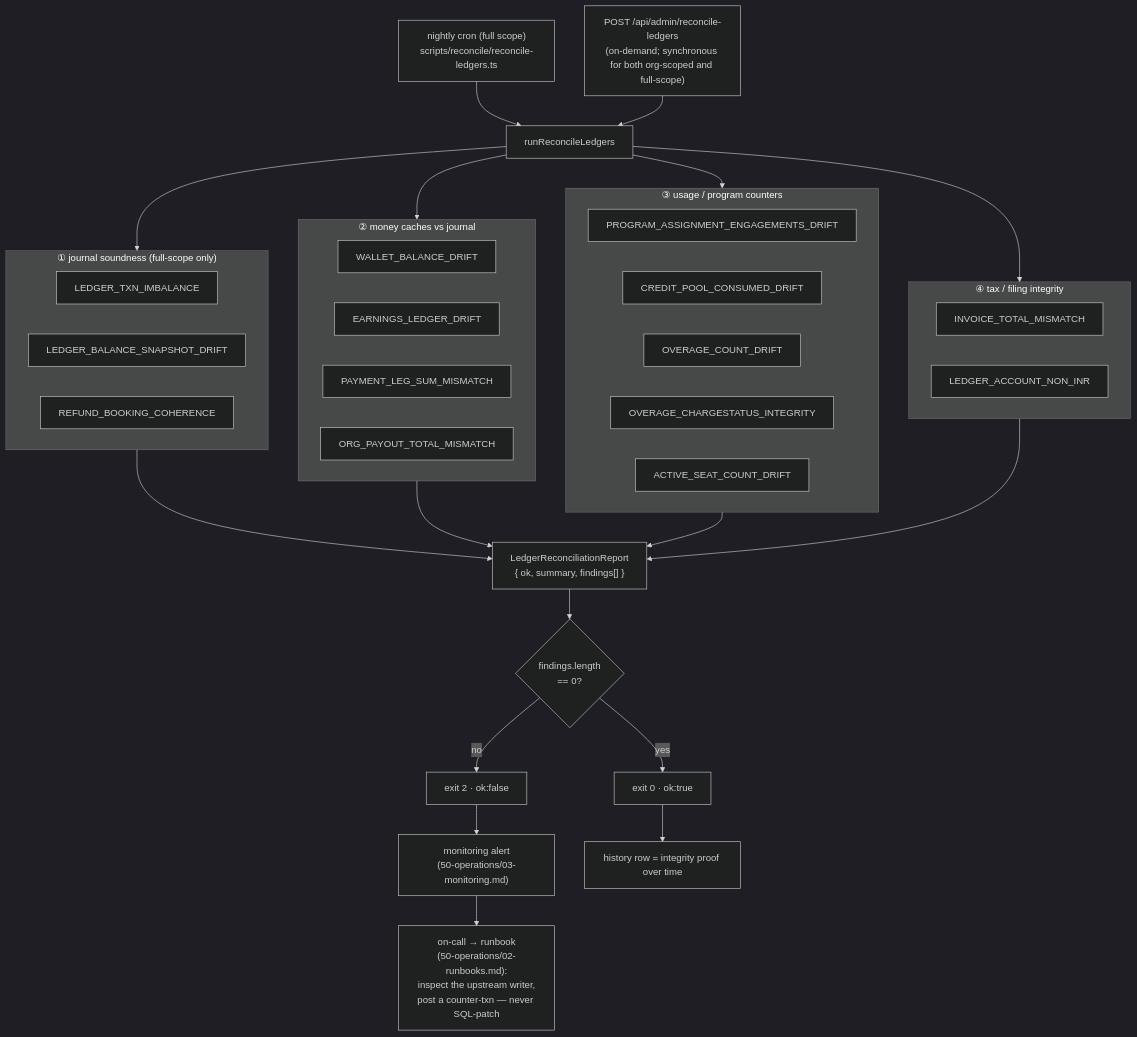
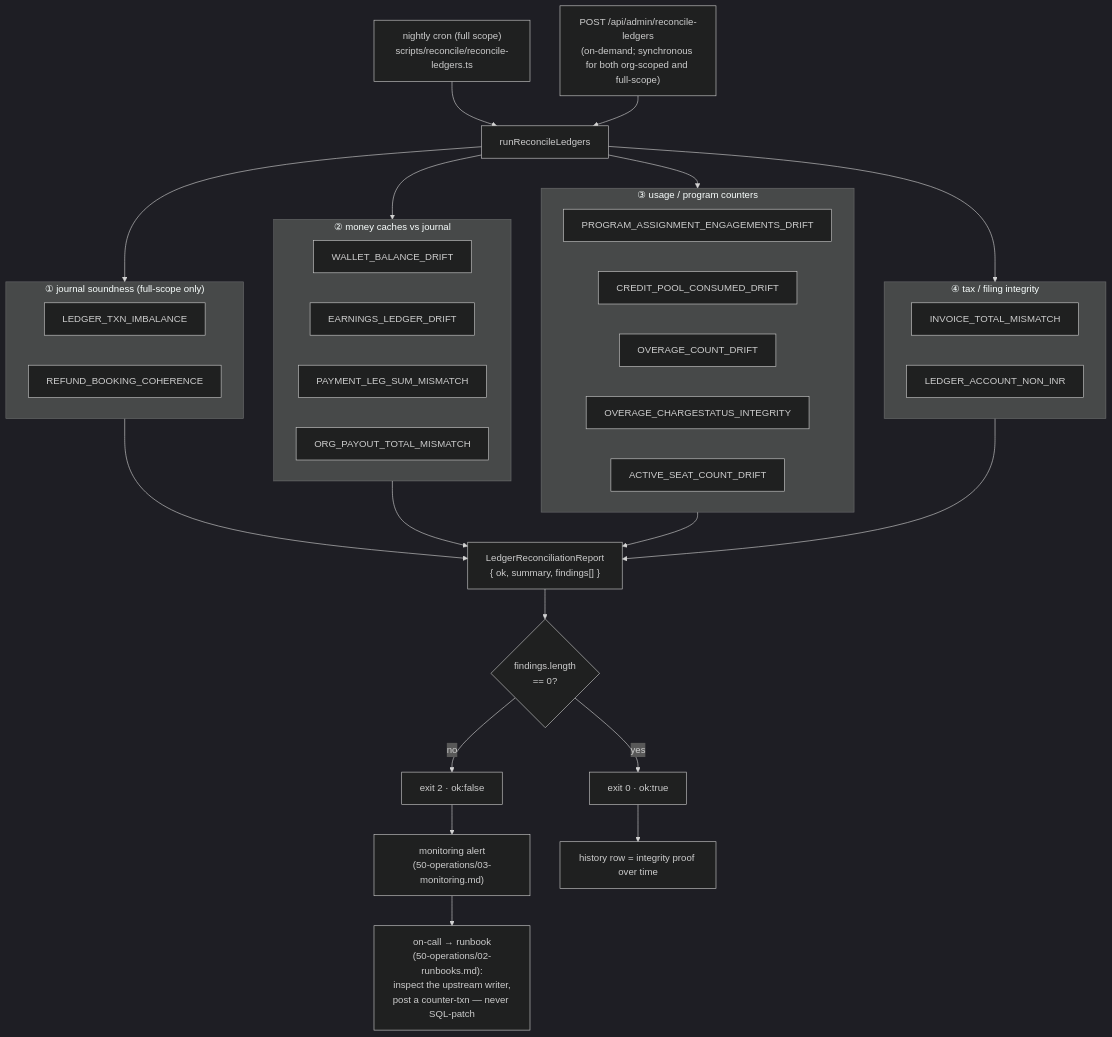
The second of 2 diagrams in docs/enterprise/10-money-and-ledger/13-ledger-integrity.md (Practitionist/familiarise_web), drawn with Mermaid (dark theme) before and after one commit. The commit also changed other lines of this file and 5 other files, not shown here.

First line of the commit message:
fix(ledger): aggregate account balances from the journal; drop the hot snapshot fold

````diff
--- a/docs/enterprise/10-money-and-ledger/13-ledger-integrity.md
+++ b/docs/enterprise/10-money-and-ledger/13-ledger-integrity.md
@@ -62,38 +61,37 @@
 ```mermaid
 flowchart TD
   CRON["nightly cron (full scope)<br/>scripts/reconcile/reconcile-ledgers.ts"] --> RUN["runReconcileLedgers"]
   ADMIN["POST /api/admin/reconcile-ledgers<br/>(on-demand; synchronous for both org-scoped and full-scope)"] --> RUN
   RUN --> G1
   RUN --> G2
   RUN --> G3
   RUN --> G4
   subgraph G1["① journal soundness (full-scope only)"]
     LTI["LEDGER_TXN_IMBALANCE"]
-    LBS["LEDGER_BALANCE_SNAPSHOT_DRIFT"]
     RBC["REFUND_BOOKING_COHERENCE"]
   end
   subgraph G2["② money caches vs journal"]
     WBD["WALLET_BALANCE_DRIFT"]
     ELD["EARNINGS_LEDGER_DRIFT"]
     PLS["PAYMENT_LEG_SUM_MISMATCH"]
     OPT["ORG_PAYOUT_TOTAL_MISMATCH"]
   end
   subgraph G3["③ usage / program counters"]
     PAE["PROGRAM_ASSIGNMENT_ENGAGEMENTS_DRIFT"]
     CPC["CREDIT_POOL_CONSUMED_DRIFT"]
     OCD["OVERAGE_COUNT_DRIFT"]
     OCI["OVERAGE_CHARGESTATUS_INTEGRITY"]
     ASC["ACTIVE_SEAT_COUNT_DRIFT"]
   end
   subgraph G4["④ tax / filing integrity"]
     ITM["INVOICE_TOTAL_MISMATCH"]
     NIN["LEDGER_ACCOUNT_NON_INR"]
   end
   G1 & G2 & G3 & G4 --> RPT["LedgerReconciliationReport<br/>{ ok, summary, findings[] }"]
   RPT --> OK{"findings.length<br/>== 0?"}
   OK -- yes --> CLEAN["exit 0 · ok:true"]
   OK -- no --> PAGE["exit 2 · ok:false"]
   PAGE --> MON["monitoring alert<br/>(50-operations/03-monitoring.md)"]
   MON --> ONCALL["on-call → runbook<br/>(50-operations/02-runbooks.md):<br/>inspect the upstream writer,<br/>post a counter-txn — never SQL-patch"]
   CLEAN --> AUDIT["history row = integrity proof over time"]
 ```
````
